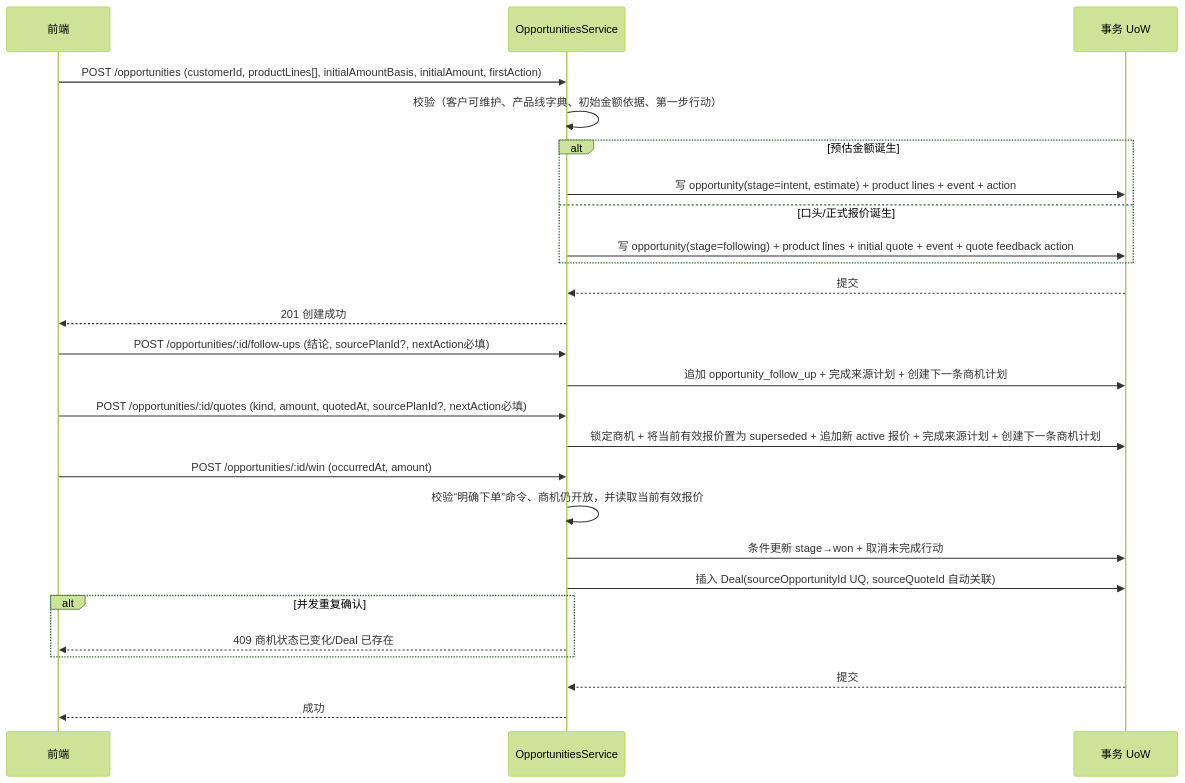
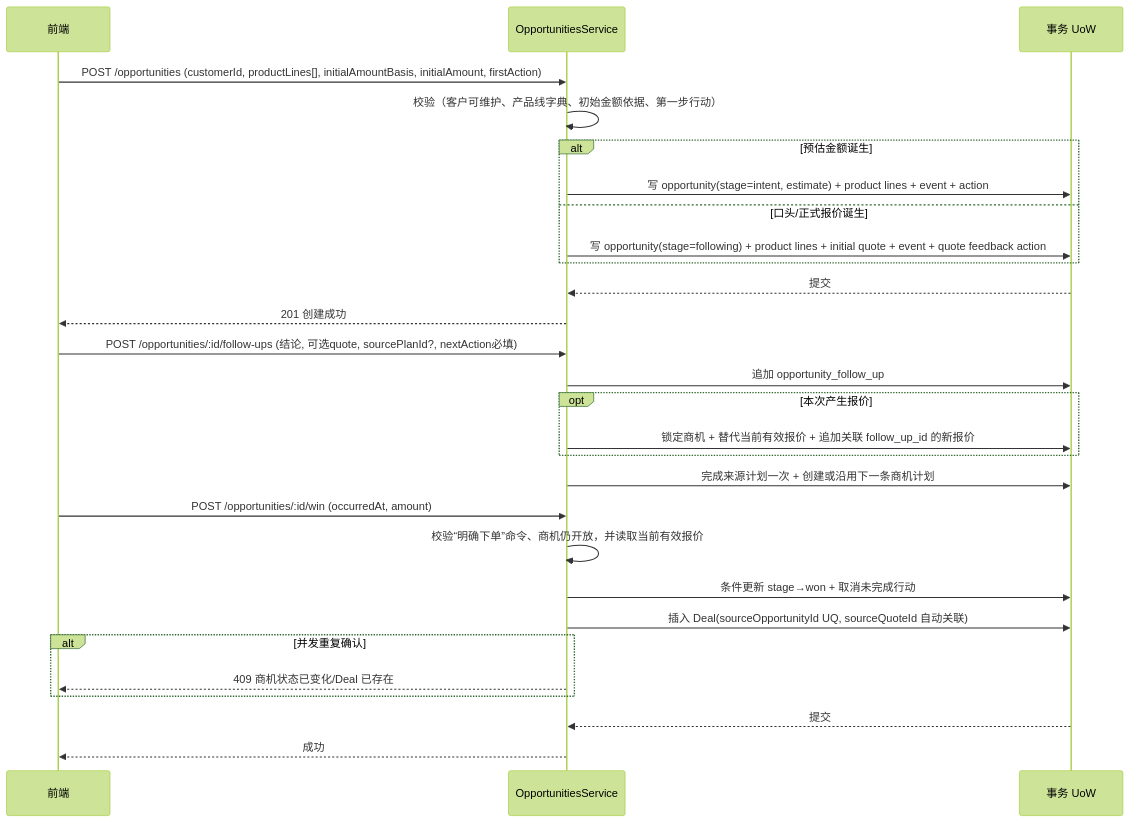
One commit to lixiname/LITECRM changed diagram 17 of 26 in docs/重构架构决策与实施蓝图.md. Above: the diagram before and after it, drawn with Mermaid (forest theme). The commit also changed other lines of this file and 30 other files, not shown here.

````diff
--- a/docs/重构架构决策与实施蓝图.md
+++ b/docs/重构架构决策与实施蓝图.md
@@ -1110,28 +1109,30 @@
 ```mermaid
 sequenceDiagram
     participant C as 前端
     participant S as OpportunitiesService
     participant D as 事务 UoW
     C->>S: POST /opportunities (customerId, productLines[], initialAmountBasis, initialAmount, firstAction)
     S->>S: 校验（客户可维护、产品线字典、初始金额依据、第一步行动）
     alt 预估金额诞生
         S->>D: 写 opportunity(stage=intent, estimate) + product lines + event + action
     else 口头/正式报价诞生
         S->>D: 写 opportunity(stage=following) + product lines + initial quote + event + quote feedback action
     end
     D-->>S: 提交
     S-->>C: 201 创建成功
-    C->>S: POST /opportunities/:id/follow-ups (结论, sourcePlanId?, nextAction必填)
-    S->>D: 追加 opportunity_follow_up + 完成来源计划 + 创建下一条商机计划
-    C->>S: POST /opportunities/:id/quotes (kind, amount, quotedAt, sourcePlanId?, nextAction必填)
-    S->>D: 锁定商机 + 将当前有效报价置为 superseded + 追加新 active 报价 + 完成来源计划 + 创建下一条商机计划
+    C->>S: POST /opportunities/:id/follow-ups (结论, 可选quote, sourcePlanId?, nextAction必填)
+    S->>D: 追加 opportunity_follow_up
+    opt 本次产生报价
+        S->>D: 锁定商机 + 替代当前有效报价 + 追加关联 follow_up_id 的新报价
+    end
+    S->>D: 完成来源计划一次 + 创建或沿用下一条商机计划
     C->>S: POST /opportunities/:id/win (occurredAt, amount)
     S->>S: 校验“明确下单”命令、商机仍开放，并读取当前有效报价
     S->>D: 条件更新 stage→won + 取消未完成行动
     S->>D: 插入 Deal(sourceOpportunityId UQ, sourceQuoteId 自动关联)
     alt 并发重复确认
         S-->>C: 409 商机状态已变化/Deal 已存在
     end
     D-->>S: 提交
     S-->>C: 成功
 ```
````
